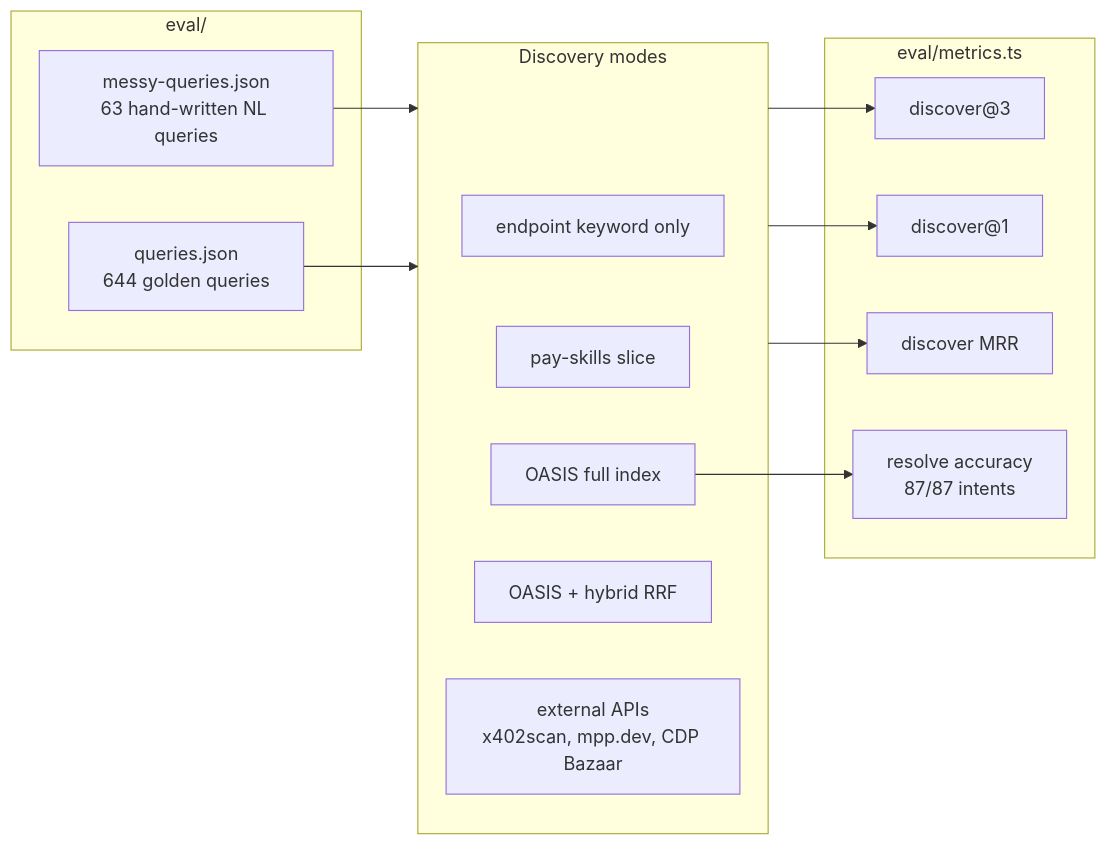
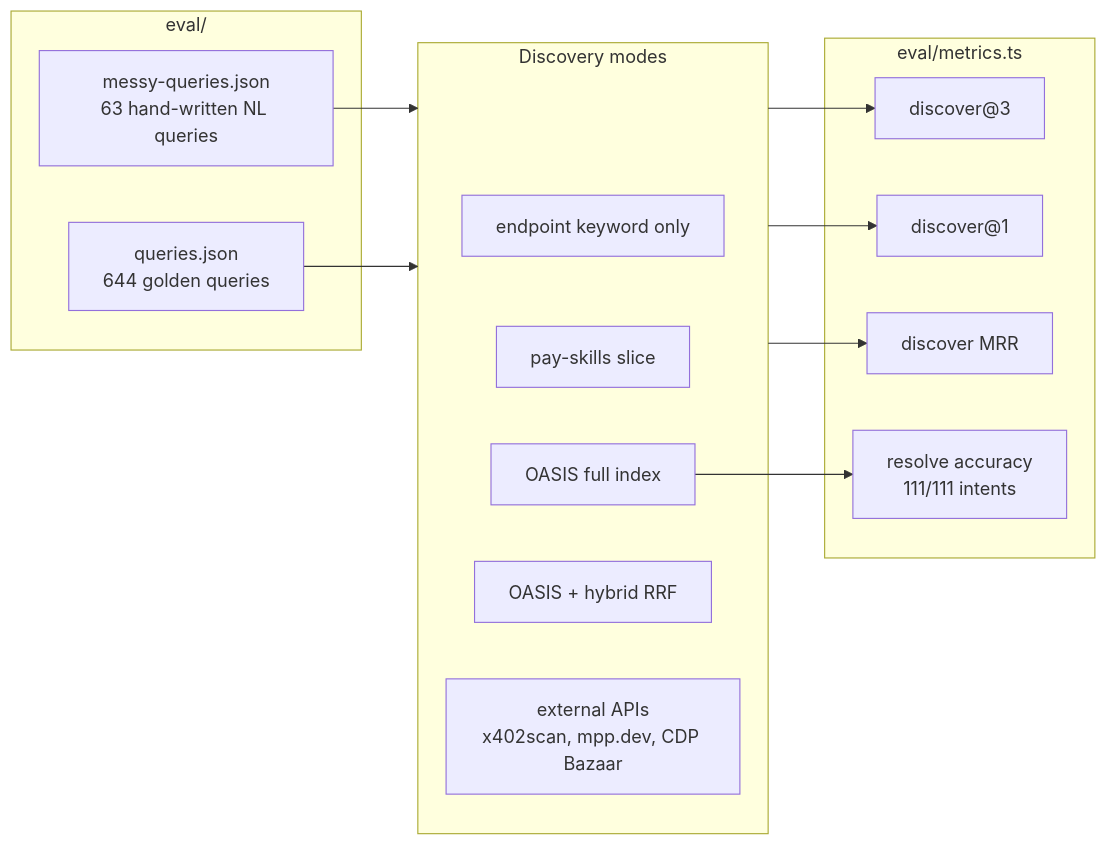
The fifth of 5 diagrams in ARCHITECTURE.md (Syntalic/OASIS), drawn with Mermaid before and after one commit. The commit also changed other lines of this file and 82 other files, not shown here.

````diff
--- a/ARCHITECTURE.md
+++ b/ARCHITECTURE.md
@@ -237,29 +237,29 @@
 ```mermaid
 flowchart LR
   subgraph queries["eval/"]
     MQ["messy-queries.json<br/>63 hand-written NL queries"]
     GQ["queries.json<br/>644 golden queries"]
   end
 
   subgraph modes["Discovery modes"]
     KW2["endpoint keyword only"]
     PS2["pay-skills slice"]
     FULL["OASIS full index"]
     HYB["OASIS + hybrid RRF"]
     EXT["external APIs<br/>x402scan, mpp.dev, CDP Bazaar"]
   end
 
   subgraph metrics["eval/metrics.ts"]
     D3["discover@3"]
     D1["discover@1"]
     MRR["discover MRR"]
-    RES["resolve accuracy<br/>87/87 intents"]
+    RES["resolve accuracy<br/>111/111 intents"]
   end
 
   MQ --> modes
   GQ --> modes
   modes --> D3
   modes --> D1
   modes --> MRR
   FULL --> RES
 ```
````
